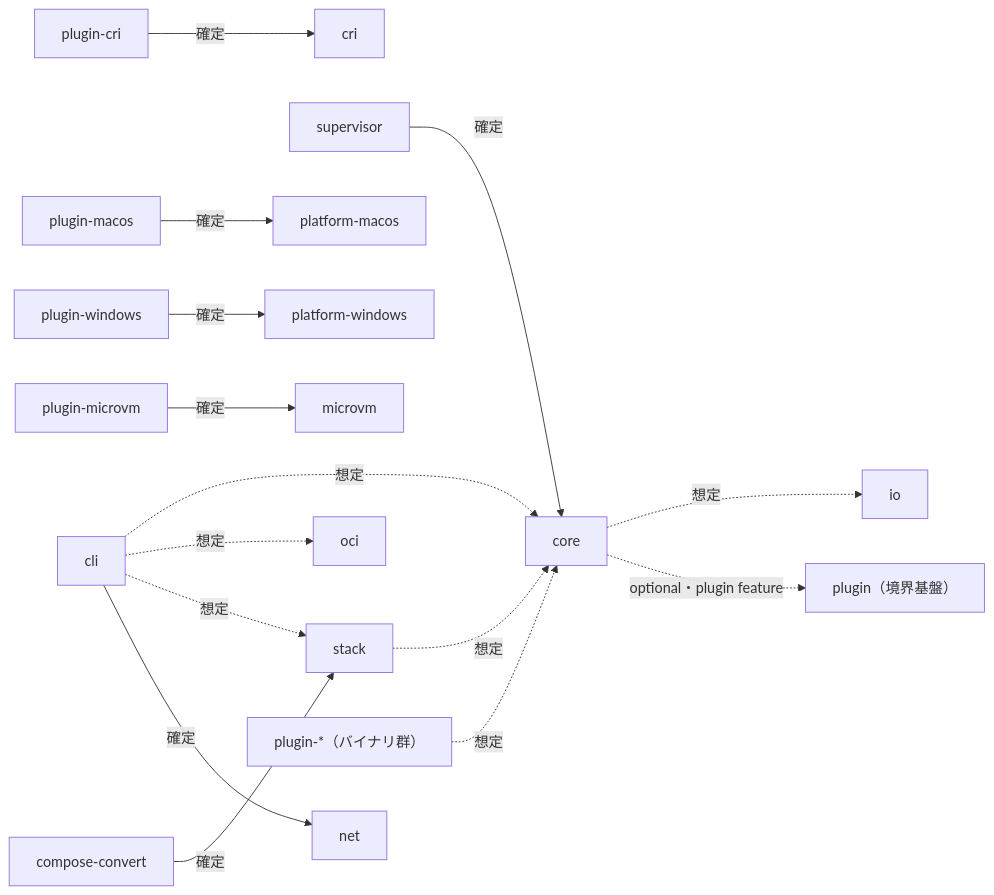
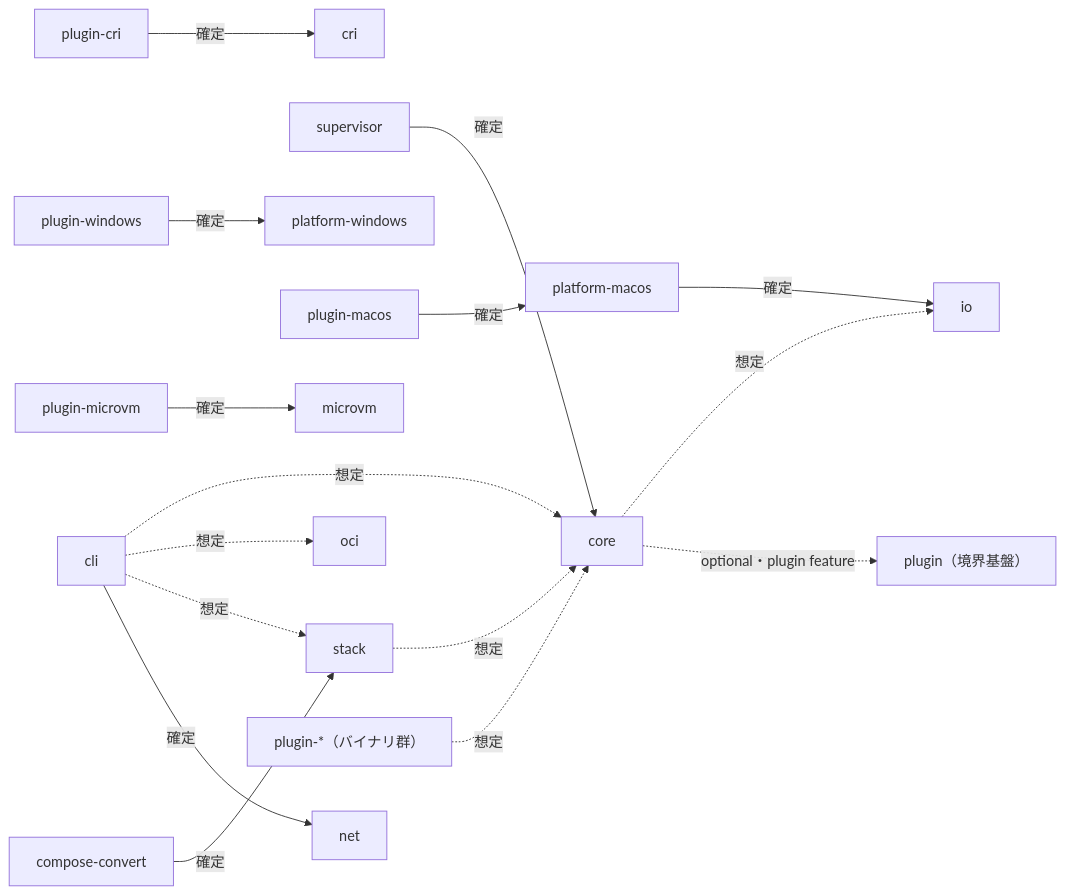
The second of 2 diagrams in docs/architecture.md (Fandhe-AI/fandhe-container), drawn with Mermaid before and after one commit. The commit also changed other lines of this file and 8 other files, not shown here.

````diff
--- a/docs/architecture.md
+++ b/docs/architecture.md
@@ -130,18 +132,19 @@
 ```mermaid
 flowchart LR
     compose_convert["compose-convert"] -->|確定| stack
     supervisor -->|確定| core
     plugin_cri["plugin-cri"] -->|確定| cri
     plugin_macos["plugin-macos"] -->|確定| platform_macos["platform-macos"]
     plugin_windows["plugin-windows"] -->|確定| platform_windows["platform-windows"]
     plugin_microvm["plugin-microvm"] -->|確定| microvm
 
     core -.->|想定| io
     cli -.->|想定| core
     cli -.->|想定| oci
     cli -.->|想定| stack
     cli -->|確定| net
+    platform_macos -->|確定| io
     plugin_star["plugin-*（バイナリ群）"] -.->|想定| core
     core -.->|optional・plugin feature| plugin["plugin（境界基盤）"]
     stack -.->|想定| core
 ```
````
